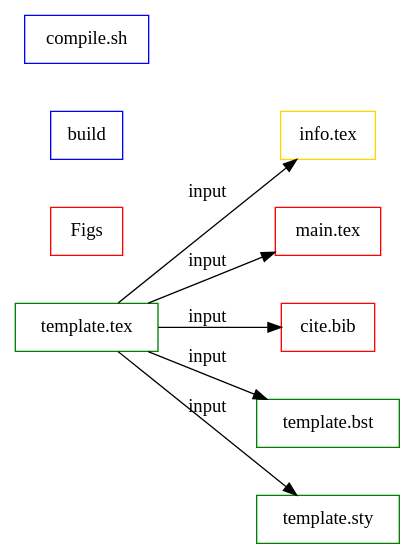
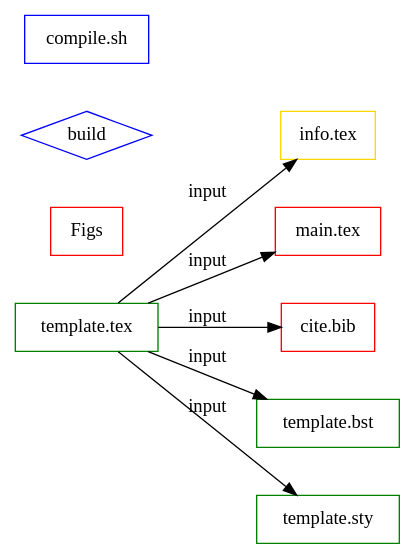
The diagram in texTemplate.org (bwtian/texTemplate), drawn with Graphviz before and after one commit. The commit also changed other lines of this file, not shown here.

Commit message:
/ ‘texTemplate.org’

```diff
--- a/texTemplate.org
+++ b/texTemplate.org
@@ -4,25 +4,25 @@
-#+BEGIN_SRC dot :file ./texTemplate.svg 
-  digraph { 
+#+BEGIN_SRC dot :file ./texTemplate.svg
+  digraph {
   rankdir = LR
-  fontname="Times"; 
-  fontsize = 12; 
-  splines = false; 
-  ranksep = 0.5; 
-  nodesep = 0.5; 
-  node [shape = box] 
-  //1. set node 
+  fontname="Times";
+  fontsize = 12;
+  splines = false;
+  ranksep = 0.5;
+  nodesep = 0.5;
+  node [shape = box]
+  //1. set node
   temp [label = "template.tex", color = green]
   info [label = "info.tex", color = gold]
   main [label = "main.tex", color = red]
   bib [label = "cite.bib", color = red]
   bst [label = "template.bst", color = green]
   sty [label = "template.sty", color = green]
   fig [label = "Figs", color=red]
-  build [label  = "build", color = blue]
+  build [label  = "build", color = blue, shape="diamond"]
   gen [label = "compile.sh", color = blue]
-  //2. set path 
+  //2. set path
   temp -> {info,main, bib, bst, sty} [label = input]
-  //3. set rank 
+  //3. set rank
 
   }
 #+END_SRC
```
